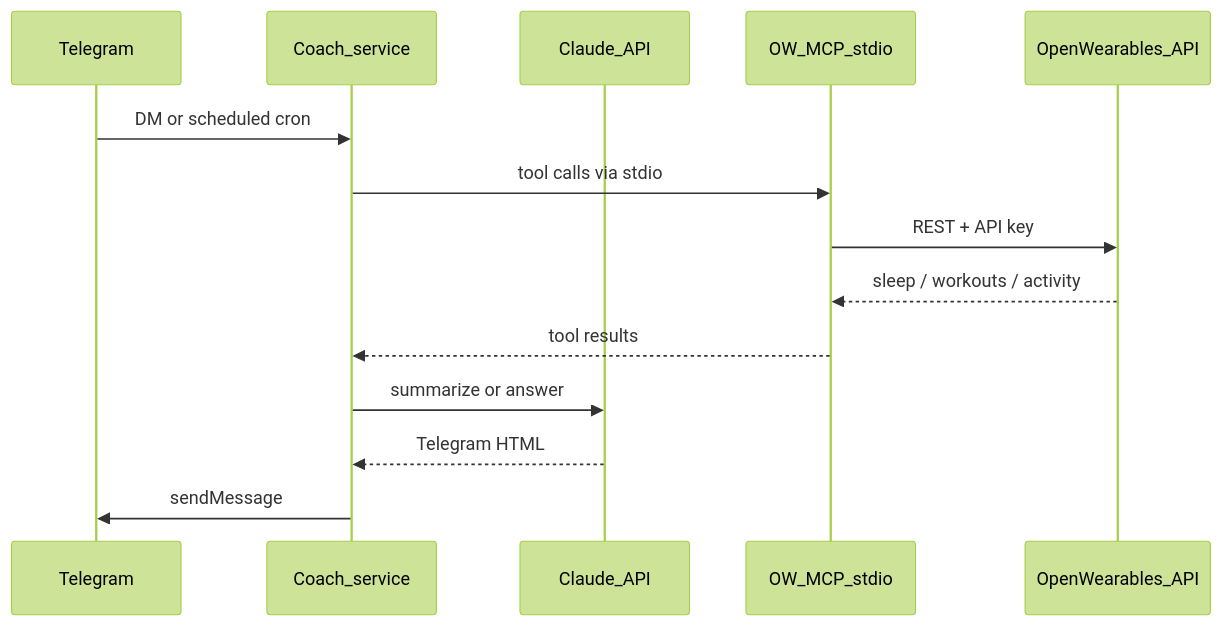
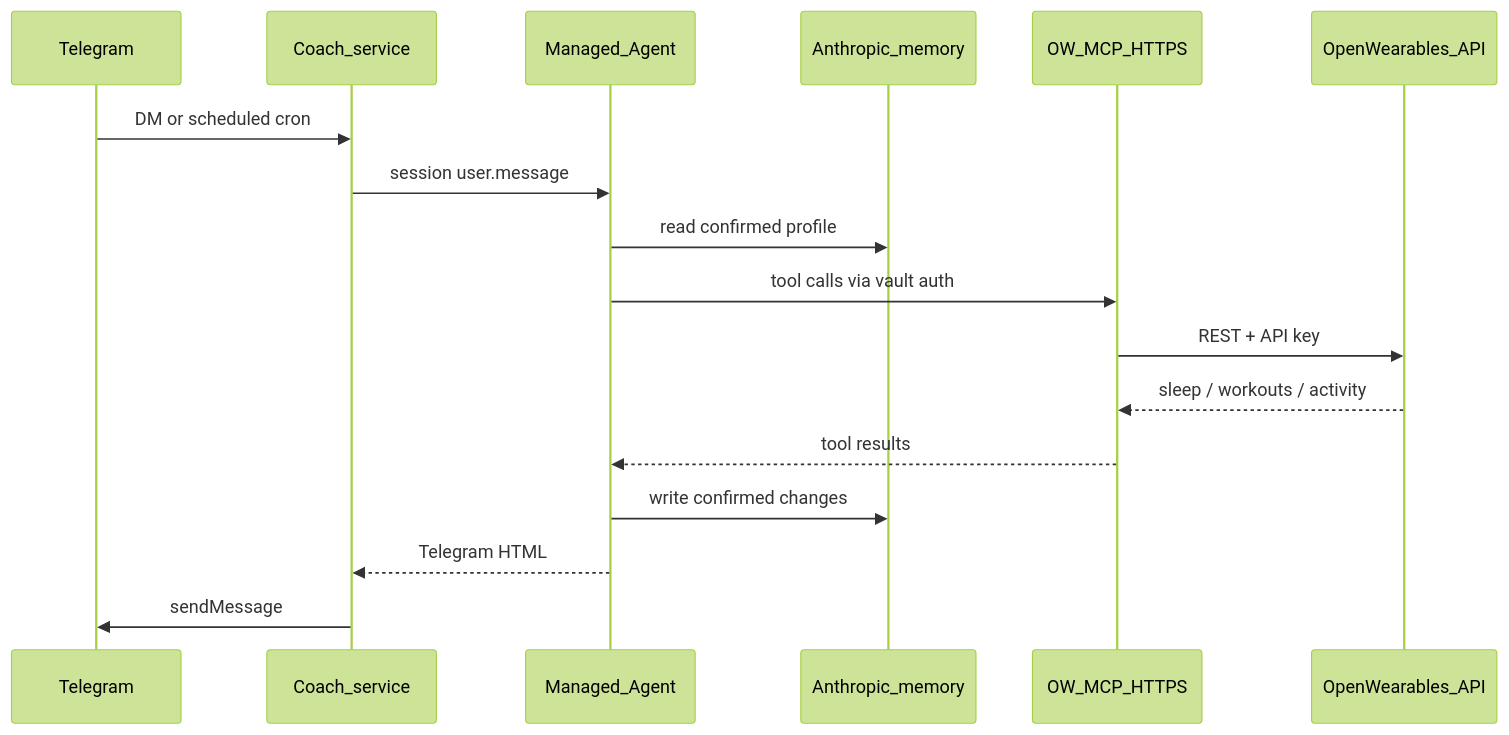
The diagram in docs/coach.mdx (CalvinKorver/open-wearables), drawn with Mermaid (forest theme) before and after one commit. The commit also changed other lines of this file and 21 other files, not shown here.

First line of the commit message:
feat(coach): add managed agent memory relay (#7)

````diff
--- a/docs/coach.mdx
+++ b/docs/coach.mdx
@@ -31,17 +31,20 @@
 ```mermaid
 sequenceDiagram
   participant You as Telegram
   participant Coach as Coach_service
-  participant Claude as Claude_API
-  participant MCP as OW_MCP_stdio
+  participant Claude as Managed_Agent
+  participant Memory as Anthropic_memory
+  participant MCP as OW_MCP_HTTPS
   participant API as OpenWearables_API
 
   You->>Coach: DM or scheduled cron
-  Coach->>MCP: tool calls via stdio
+  Coach->>Claude: session user.message
+  Claude->>Memory: read confirmed profile
+  Claude->>MCP: tool calls via vault auth
   MCP->>API: REST + API key
   API-->>MCP: sleep / workouts / activity
-  MCP-->>Coach: tool results
-  Coach->>Claude: summarize or answer
+  MCP-->>Claude: tool results
+  Claude->>Memory: write confirmed changes
   Claude-->>Coach: Telegram HTML
   Coach->>You: sendMessage
 ```
````
